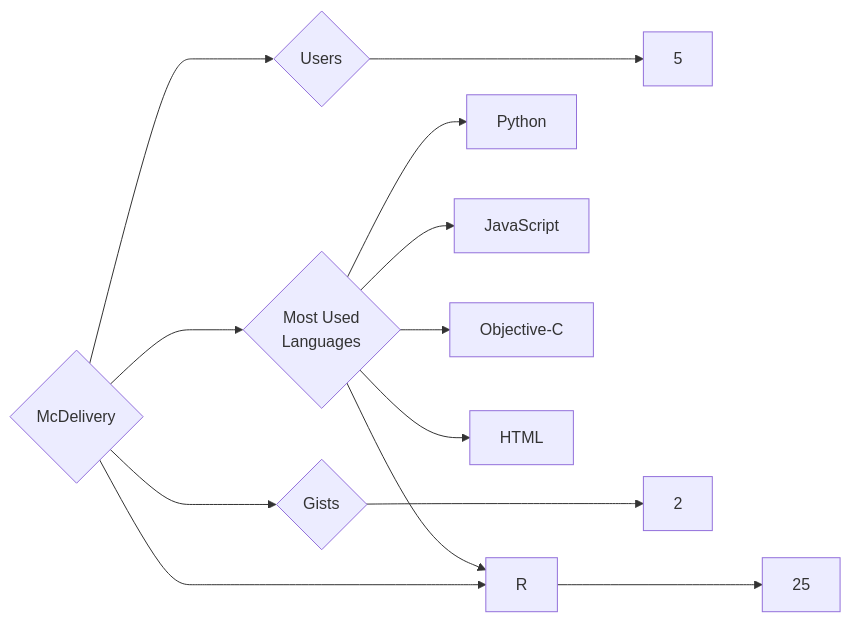
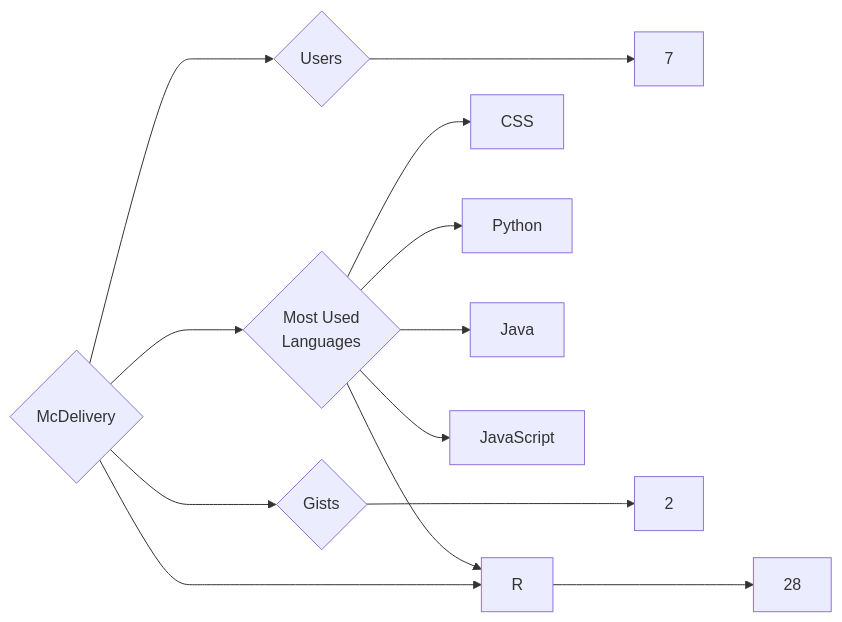
One commit to trickest/insiders changed the diagram in targets/McDelivery/README.md. Above: the diagram before and after it, drawn with Mermaid. The commit also changed 1496 other files, not shown here.

````diff
--- a/targets/McDelivery/README.md
+++ b/targets/McDelivery/README.md
@@ -3,13 +3,13 @@
 ```mermaid
 graph LR
 COMPANY_NAME{McDelivery}
-COMPANY_NAME ---> U{Users} ---> UN[5]
-COMPANY_NAME ---> R{Repositories} ---> RN[25]
+COMPANY_NAME ---> U{Users} ---> UN[7]
+COMPANY_NAME ---> R{Repositories} ---> RN[28]
 COMPANY_NAME ---> G{Gists} ---> GN[2]
 COMPANY_NAME ---> ML{Most Used<br>Languages}
+ML --> CSS[CSS]
 ML --> Python[Python]
+ML --> Java[Java]
 ML --> R[R]
 ML --> JavaScript[JavaScript]
-ML --> Objective-C[Objective-C]
-ML --> HTML[HTML]
 ```
````
